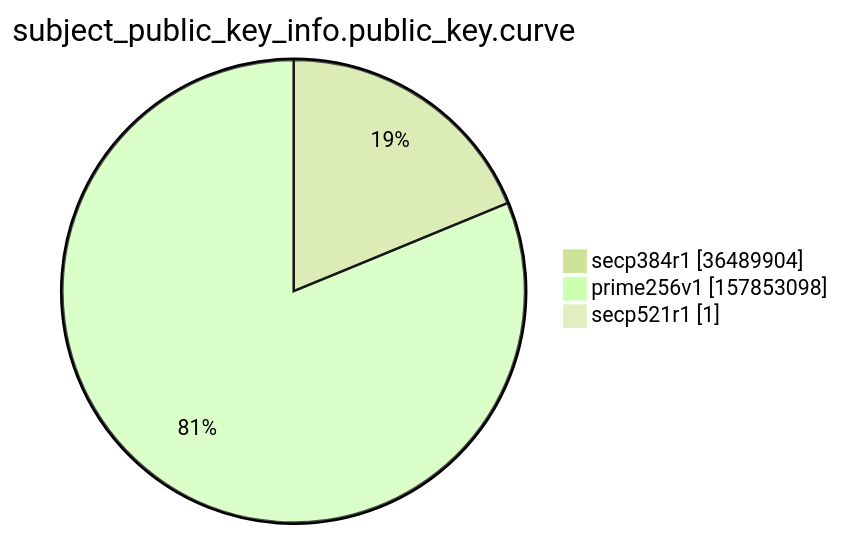
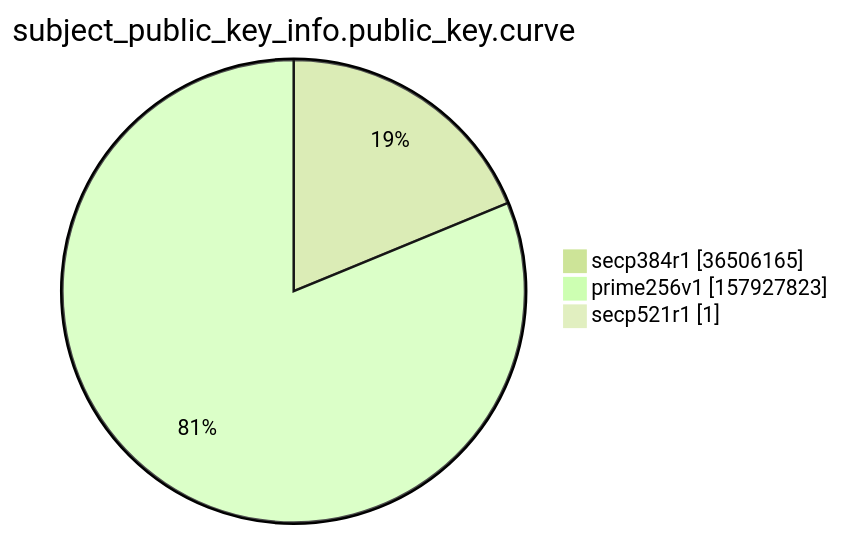
The ninth of 15 diagrams in argon2022/README.md (christiankrug/ctmonitor_visualization), drawn with Mermaid (forest theme) before and after one commit. The commit also changed other lines of this file, not shown here.

````diff
--- a/argon2022/README.md
+++ b/argon2022/README.md
@@ -2766,7 +2766,7 @@
 ```mermaid
 pie showData
 title subject_public_key_info.public_key.curve
-"secp384r1" :36489904
-"prime256v1" :157853098
+"secp384r1" :36506165
+"prime256v1" :157927823
 "secp521r1" :1
 ```
````
